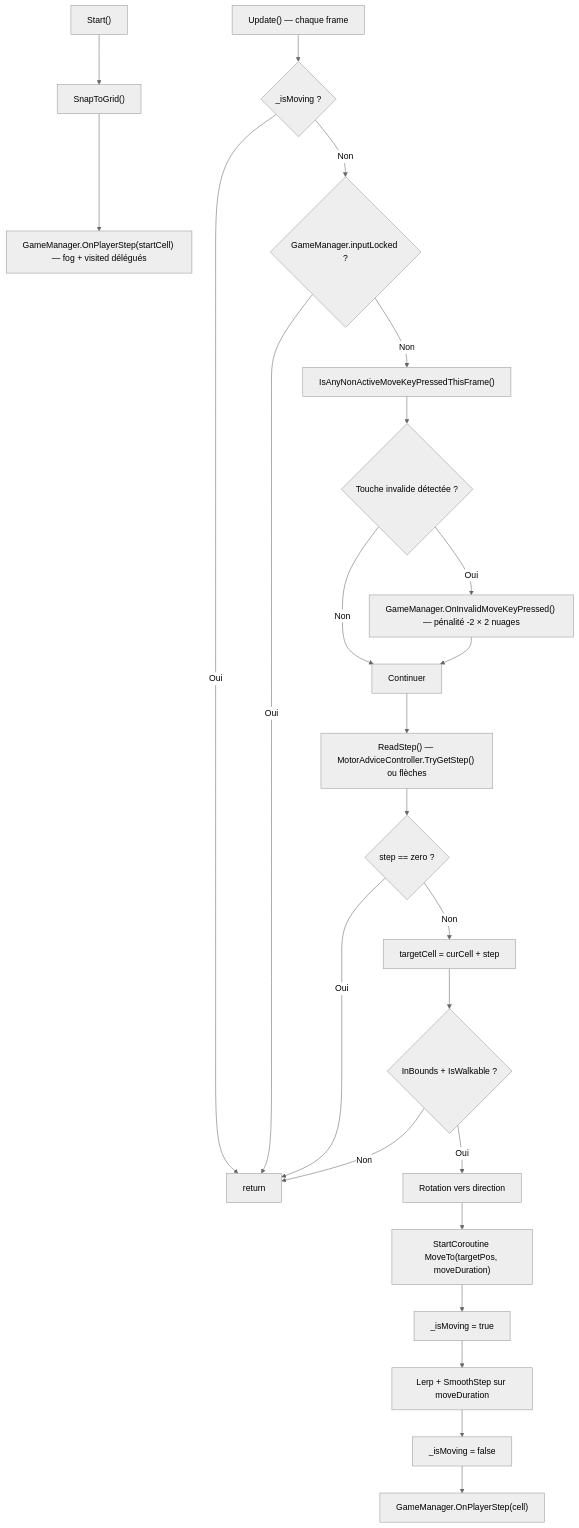
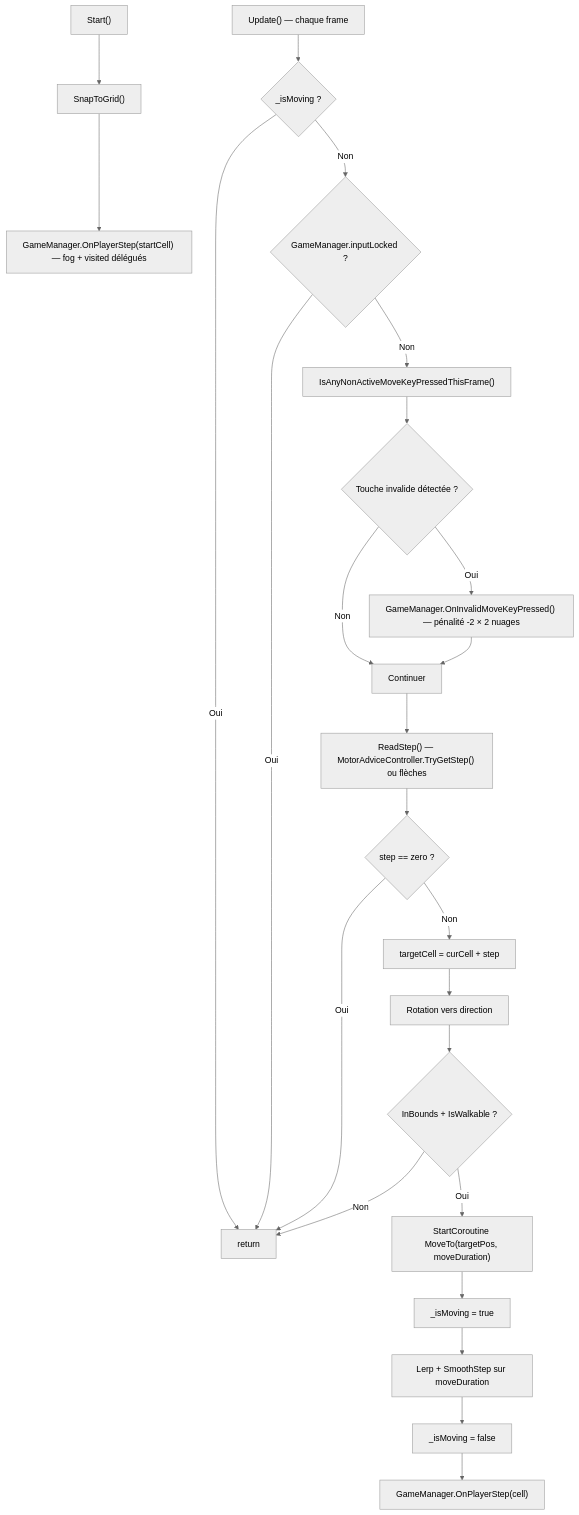
Before and after one commit to PierreChagnon/BUGS: the ninth of 28 diagrams in Docs/TDD.md, drawn with Mermaid (neutral theme). The commit also changed other lines of this file and 1 other file, not shown here.

Commit message:
gridmover: character now face the wall he is bumping on

````diff
--- a/Docs/TDD.md
+++ b/Docs/TDD.md
@@ -802,28 +803,28 @@
 ```mermaid
 graph TD
     A["Start()"] --> B["SnapToGrid()"]
     B --> C["GameManager.OnPlayerStep(startCell) — fog + visited délégués"]
 
     E["Update() — chaque frame"] --> F{_isMoving ?}
     F -->|Oui| G[return]
     F -->|Non| H{GameManager.inputLocked ?}
     H -->|Oui| G
     H -->|Non| INV["IsAnyNonActiveMoveKeyPressedThisFrame()"]
     INV --> INV2{Touche invalide détectée ?}
     INV2 -->|Oui| INV3["GameManager.OnInvalidMoveKeyPressed() — pénalité -2 × 2 nuages"]
     INV2 -->|Non| CONT[Continuer]
     INV3 --> CONT
     CONT --> I["ReadStep() — MotorAdviceController.TryGetStep() ou flèches"]
     I --> J{step == zero ?}
     J -->|Oui| G
     J -->|Non| K["targetCell = curCell + step"]
-    K --> L{InBounds + IsWalkable ?}
-    L -->|Non| G
-    L -->|Oui| M["Rotation vers direction"]
-    M --> N["StartCoroutine MoveTo(targetPos, moveDuration)"]
+    K --> L["Rotation vers direction"]
+    L --> M{"InBounds + IsWalkable ?"}
+    M -->|Non| G
+    M -->|Oui| N["StartCoroutine MoveTo(targetPos, moveDuration)"]
 
     N --> O["_isMoving = true"]
     O --> P["Lerp + SmoothStep sur moveDuration"]
     P --> Q["_isMoving = false"]
     Q --> R["GameManager.OnPlayerStep(cell)"]
 ```
````
